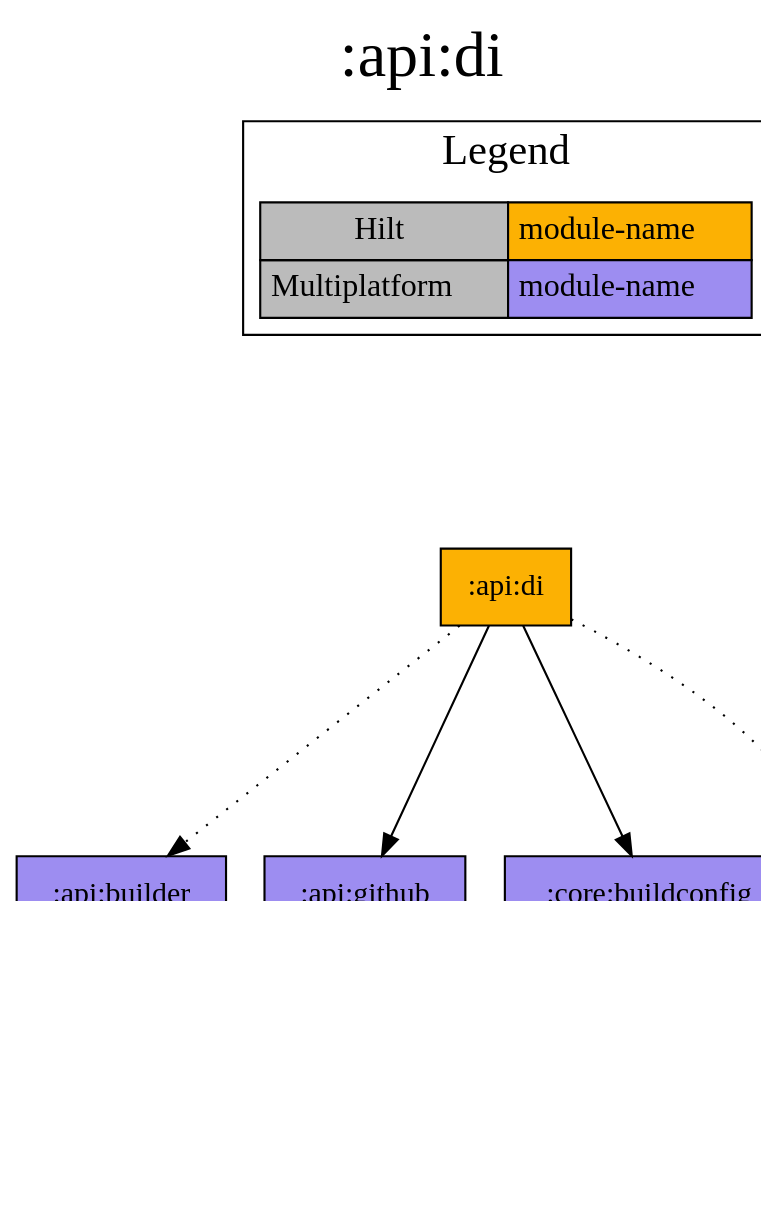
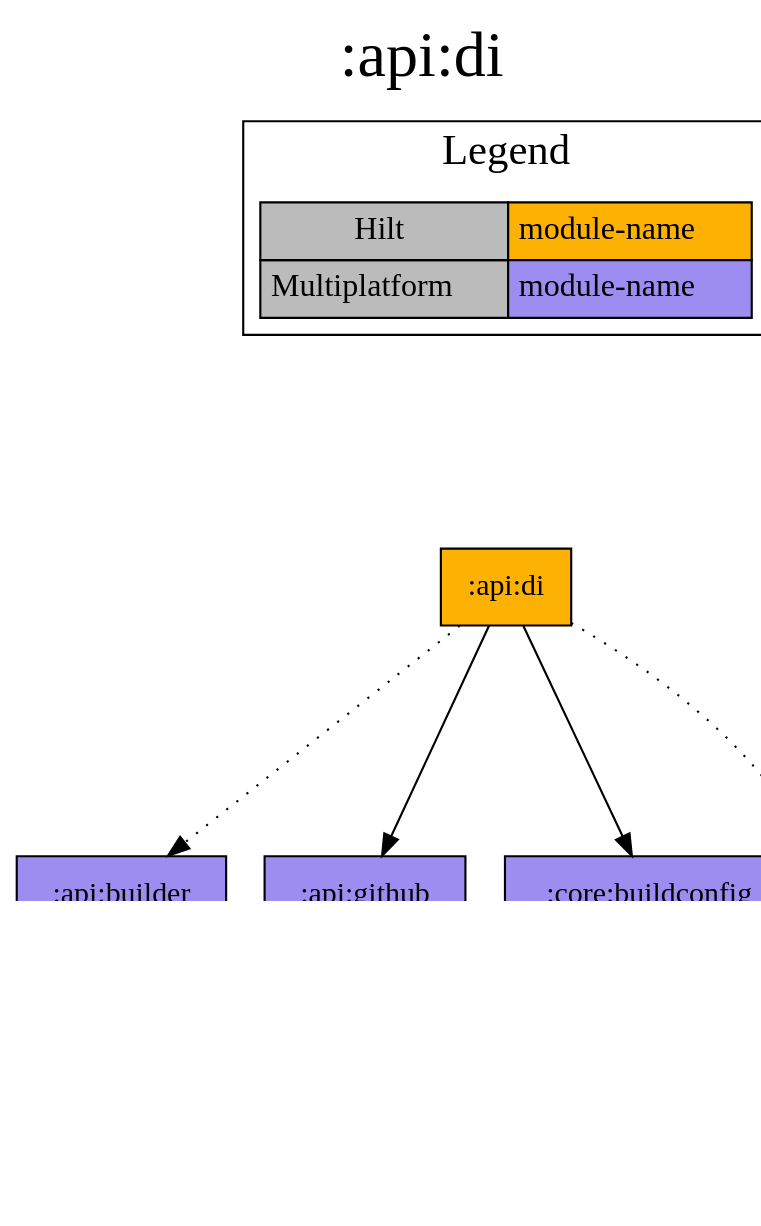
The diagram in modules/api/di/project-dependency-graph.dot (jonapoul/aktual), drawn with Graphviz before and after one commit. The commit also changed 69 other files, not shown here.

```diff
--- a/modules/api/di/project-dependency-graph.dot
+++ b/modules/api/di/project-dependency-graph.dot
@@ -1,30 +1,32 @@
 digraph {
 edge ["dir"="forward"]
 graph ["dpi"="100","label"=":api:di","labelloc"="t","fontsize"="30","ranksep"="1.5","rankdir"="TB"]
 node ["style"="filled"]
 ":api:builder" ["fillcolor"="#9D8DF1","shape"="box"]
 ":api:di" ["shape"="box","fillcolor"="#FCB103"]
 ":api:github" ["fillcolor"="#9D8DF1","shape"="box"]
 ":core:buildconfig" ["fillcolor"="#9D8DF1","shape"="box"]
+":log" ["fillcolor"="#9D8DF1","shape"="box"]
 ":url:model" ["fillcolor"="#9D8DF1","shape"="box"]
 {
 edge ["dir"="none"]
 graph ["rank"="same"]
 ":api:di"
 }
+":api:builder" -> ":log" ["style"="dotted"]
 ":api:builder" -> ":url:model"
 ":api:di" -> ":api:builder" ["style"="dotted"]
 ":api:di" -> ":api:github"
 ":api:di" -> ":core:buildconfig"
 ":api:di" -> ":url:model" ["style"="dotted"]
 subgraph "cluster_legend" {
 edge ["dir"="none"]
 graph ["label"="Legend","fontsize"="20"]
 "Legend" ["style"="filled","fillcolor"="#bbbbbb","shape"="none","margin"="0","fontsize"="15","label"=<
 <TABLE BORDER="0" CELLBORDER="1" CELLSPACING="0" CELLPADDING="4">
 <TR><TD>Hilt</TD><TD BGCOLOR="#FCB103">module-name</TD></TR>
 <TR><TD>Multiplatform</TD><TD BGCOLOR="#9D8DF1">module-name</TD></TR>
 </TABLE>
 >]
 } -> ":api:di" ["style"="invis"]
 }
```
